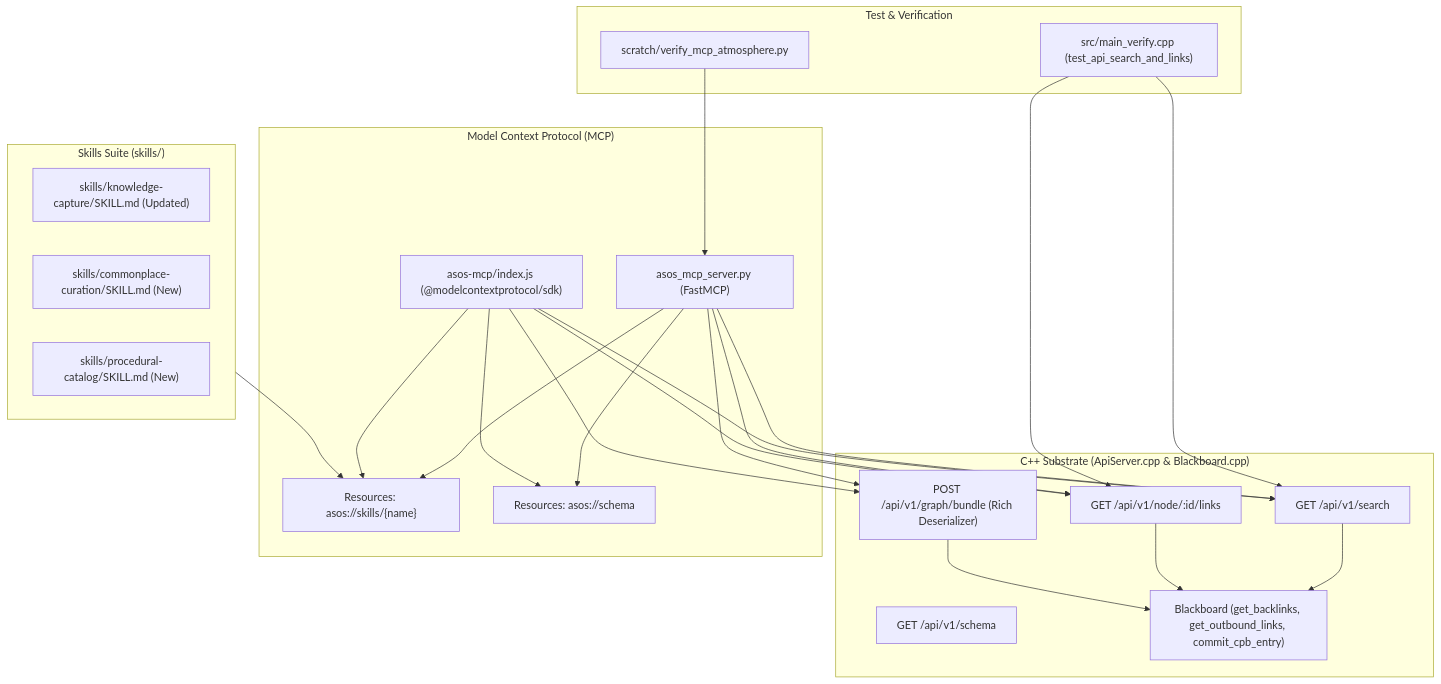
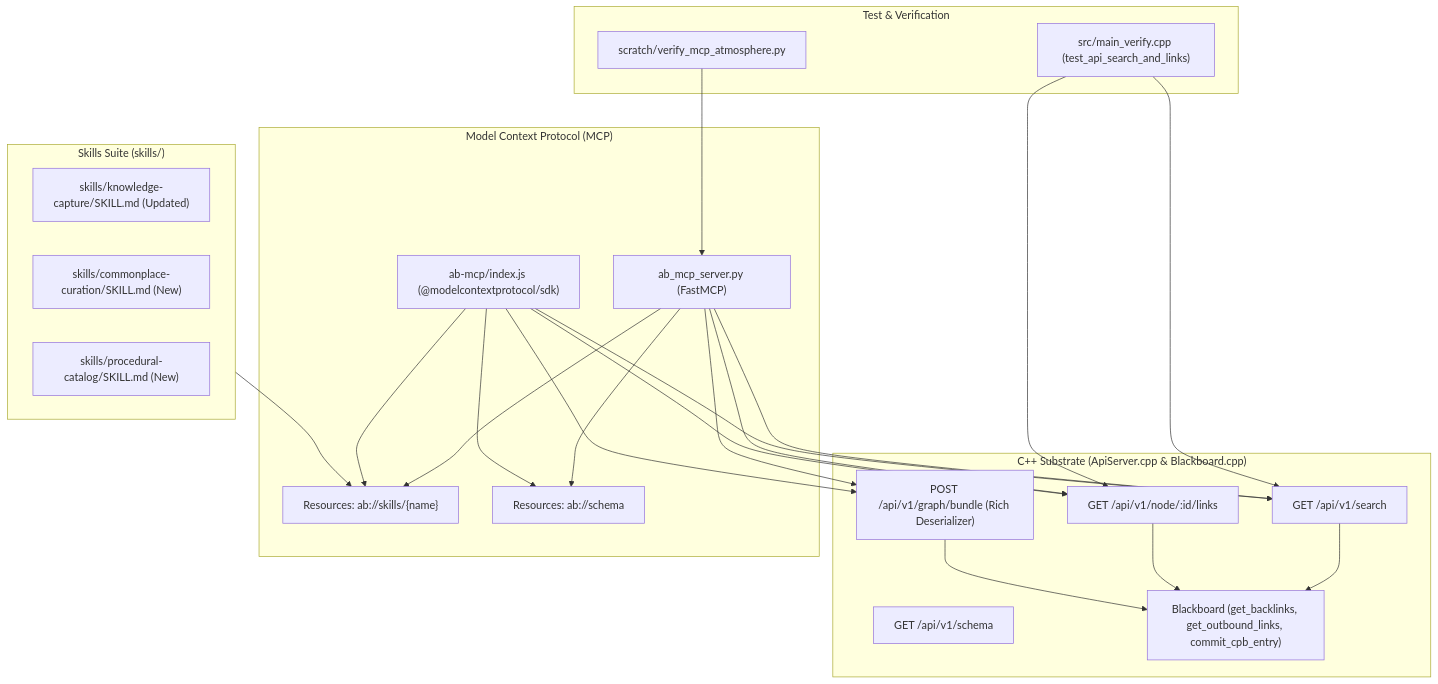
The diagram in docs/superpowers/plans/2026-09-16-atmosphere-agent-mcp-commonplace.md (jasoncoposky/agentic_blackboard), drawn with Mermaid before and after one commit. The commit also changed other lines of this file and 28 other files, not shown here.

````diff
--- a/docs/superpowers/plans/2026-09-16-atmosphere-agent-mcp-commonplace.md
+++ b/docs/superpowers/plans/2026-09-16-atmosphere-agent-mcp-commonplace.md
@@ -11,46 +11,46 @@
 ```mermaid
 graph TD
     subgraph Substrate ["C++ Substrate (ApiServer.cpp & Blackboard.cpp)"]
         SearchApi["GET /api/v1/search"]
         LinksApi["GET /api/v1/node/:id/links"]
         SchemaApi["GET /api/v1/schema"]
         BundleApi["POST /api/v1/graph/bundle (Rich Deserializer)"]
         BbCore["Blackboard (get_backlinks, get_outbound_links, commit_cpb_entry)"]
     end
 
     subgraph McpLayer ["Model Context Protocol (MCP)"]
-        PyMcp["asos_mcp_server.py (FastMCP)"]
-        JsMcp["asos-mcp/index.js (@modelcontextprotocol/sdk)"]
-        ResSkills["Resources: asos://skills/{name}"]
-        ResSchema["Resources: asos://schema"]
+        PyMcp["ab_mcp_server.py (FastMCP)"]
+        JsMcp["ab-mcp/index.js (@modelcontextprotocol/sdk)"]
+        ResSkills["Resources: ab://skills/{name}"]
+        ResSchema["Resources: ab://schema"]
     end
 
     subgraph SkillsSuite ["Skills Suite (skills/)"]
         SkCapture["skills/knowledge-capture/SKILL.md (Updated)"]
         SkCuration["skills/commonplace-curation/SKILL.md (New)"]
         SkCatalog["skills/procedural-catalog/SKILL.md (New)"]
     end
 
     subgraph VerificationSuite ["Test & Verification"]
         VerifyCpp["src/main_verify.cpp (test_api_search_and_links)"]
         VerifyPy["scratch/verify_mcp_atmosphere.py"]
     end
 
     SearchApi --> BbCore
     LinksApi --> BbCore
     BundleApi --> BbCore
     PyMcp --> SearchApi
     PyMcp --> LinksApi
     PyMcp --> BundleApi
     JsMcp --> SearchApi
     JsMcp --> LinksApi
     JsMcp --> BundleApi
     PyMcp --> ResSkills
     JsMcp --> ResSkills
     PyMcp --> ResSchema
     JsMcp --> ResSchema
     SkillsSuite --> ResSkills
     VerifyCpp --> SearchApi
     VerifyCpp --> LinksApi
     VerifyPy --> PyMcp
 ```
````
